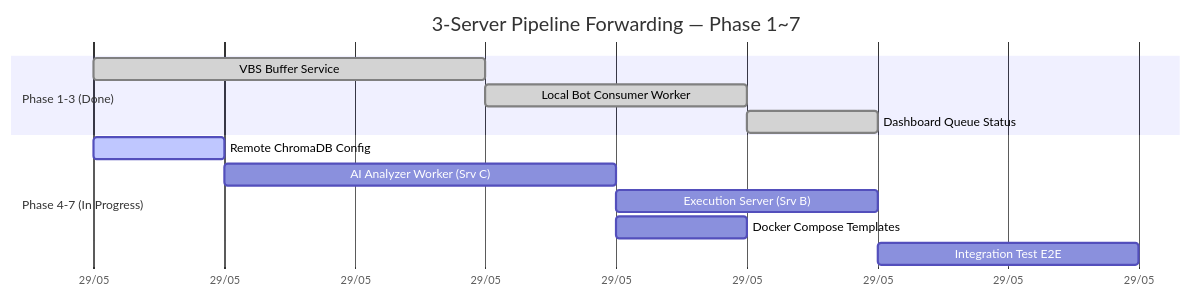
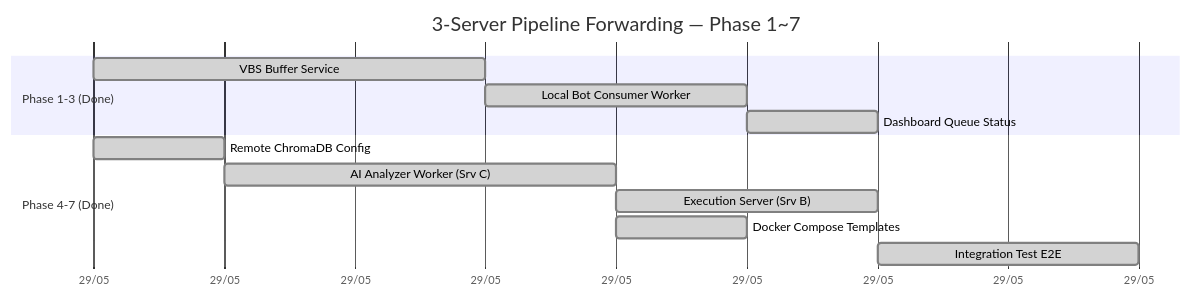
One commit to pessilogroup/TradingViewProject changed the diagram in docs/SETUPS/05_MASTER_PHASE_MAP.md. Above: the diagram before and after it, drawn with Mermaid. The commit also changed other lines of this file and 4 other files, not shown here.

````diff
--- a/docs/SETUPS/05_MASTER_PHASE_MAP.md
+++ b/docs/SETUPS/05_MASTER_PHASE_MAP.md
@@ -11,18 +11,18 @@
 ```mermaid
 gantt
     title 3-Server Pipeline Forwarding — Phase 1~7
     dateFormat  YYYY-MM-DD
     axisFormat  %d/%m
 
     section Phase 1-3 (Done)
     VBS Buffer Service         :done, p1, 2026-05-29, 3h
     Local Bot Consumer Worker  :done, p2, after p1, 2h
     Dashboard Queue Status     :done, p3, after p2, 1h
 
-    section Phase 4-7 (In Progress)
-    Remote ChromaDB Config     :active, p4, 2026-05-29, 1h
-    AI Analyzer Worker (Srv C) :p5, after p4, 3h
-    Execution Server (Srv B)   :p6, after p5, 2h
-    Docker Compose Templates   :p65, after p5, 1h
-    Integration Test E2E       :p7, after p6, 2h
+    section Phase 4-7 (Done)
+    Remote ChromaDB Config     :done, p4, 2026-05-29, 1h
+    AI Analyzer Worker (Srv C) :done, p5, after p4, 3h
+    Execution Server (Srv B)   :done, p6, after p5, 2h
+    Docker Compose Templates   :done, p65, after p5, 1h
+    Integration Test E2E       :done, p7, after p6, 2h
 ```
````
